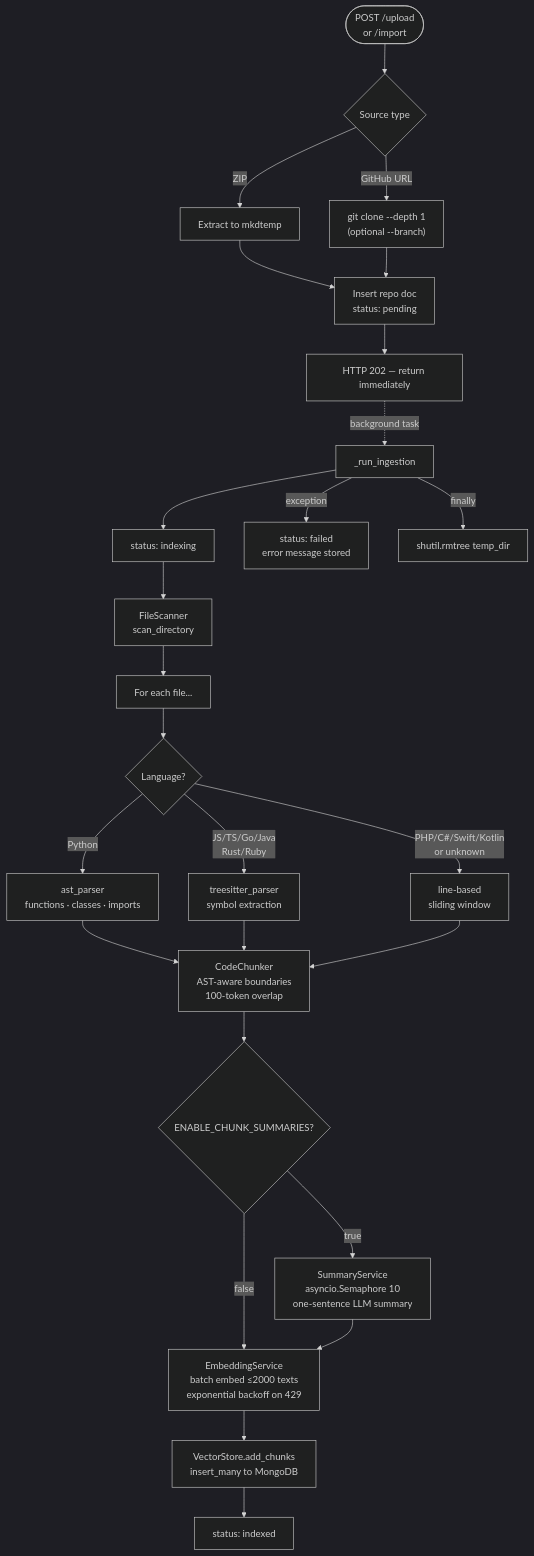
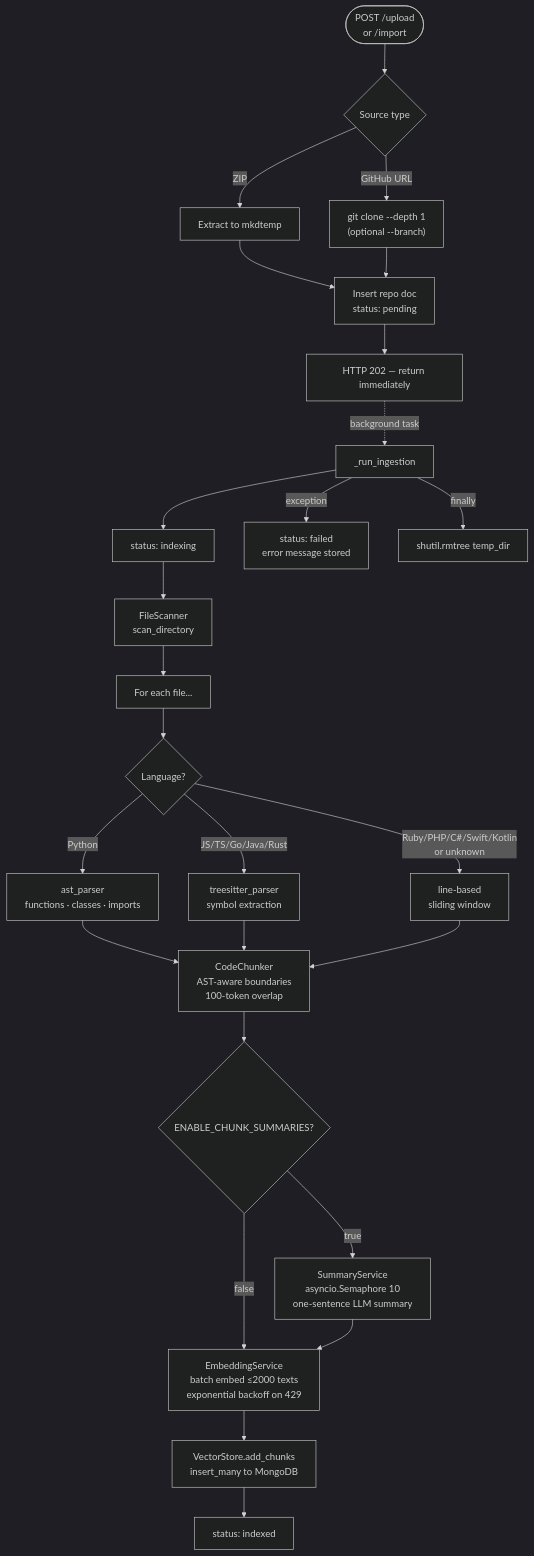
Before and after one commit to shivam-tamboli/AI-CodeBase-Assistant: the second of 7 diagrams in ARCHITECTURE.md, drawn with Mermaid (dark theme). The commit also changed other lines of this file and 1 other file, not shown here.

Commit message:
docs: fix remaining diagram/content inaccuracies found in full repo audit
- README.md: data model diagram was missing that chat_sessions also
  references repositories, not just users (verified against
  chat_service.py and the required repository_id field on session creation)
- ARCHITECTURE.md: ingestion diagram and service table claimed Ruby is
  tree-sitter parsed, but tree-sitter-ruby isn't in requirements.txt and
  isn't importable in the actual venv — .rb files use line-based chunking

````diff
--- a/ARCHITECTURE.md
+++ b/ARCHITECTURE.md
@@ -87,32 +87,32 @@
 ```mermaid
 flowchart TD
     A([POST /upload\nor /import]) --> B{Source type}
     B -->|ZIP| C[Extract to mkdtemp]
     B -->|GitHub URL| D["git clone --depth 1\n(optional --branch)"]
     C --> E[Insert repo doc\nstatus: pending]
     D --> E
     E --> F[HTTP 202 — return immediately]
     F -.->|background task| G[_run_ingestion]
 
     G --> H[status: indexing]
     H --> I[FileScanner\nscan_directory]
     I --> J[For each file...]
 
     J --> K{Language?}
     K -->|Python| L[ast_parser\nfunctions · classes · imports]
-    K -->|JS/TS/Go/Java\nRust/Ruby| M[treesitter_parser\nsymbol extraction]
-    K -->|PHP/C#/Swift/Kotlin\nor unknown| N[line-based\nsliding window]
+    K -->|JS/TS/Go/Java/Rust| M[treesitter_parser\nsymbol extraction]
+    K -->|Ruby/PHP/C#/Swift/Kotlin\nor unknown| N[line-based\nsliding window]
 
     L & M & N --> O[CodeChunker\nAST-aware boundaries\n100-token overlap]
 
     O --> P{ENABLE_CHUNK_SUMMARIES?}
     P -->|true| Q[SummaryService\nasyncio.Semaphore 10\none-sentence LLM summary]
     P -->|false| R[EmbeddingService\nbatch embed ≤2000 texts\nexponential backoff on 429]
     Q --> R
 
     R --> S[VectorStore.add_chunks\ninsert_many to MongoDB]
     S --> T[status: indexed]
 
     G -->|exception| U[status: failed\nerror message stored]
     G -->|finally| V[shutil.rmtree temp_dir]
 ```
````
